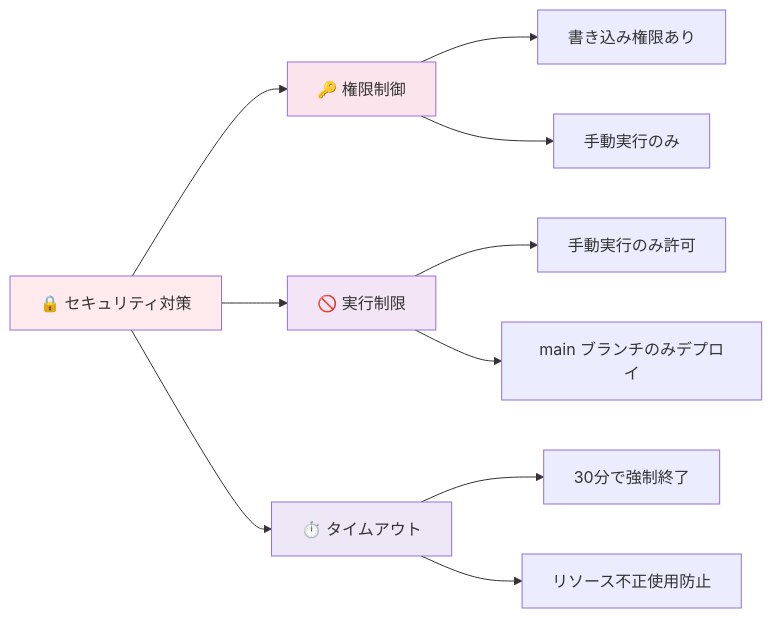
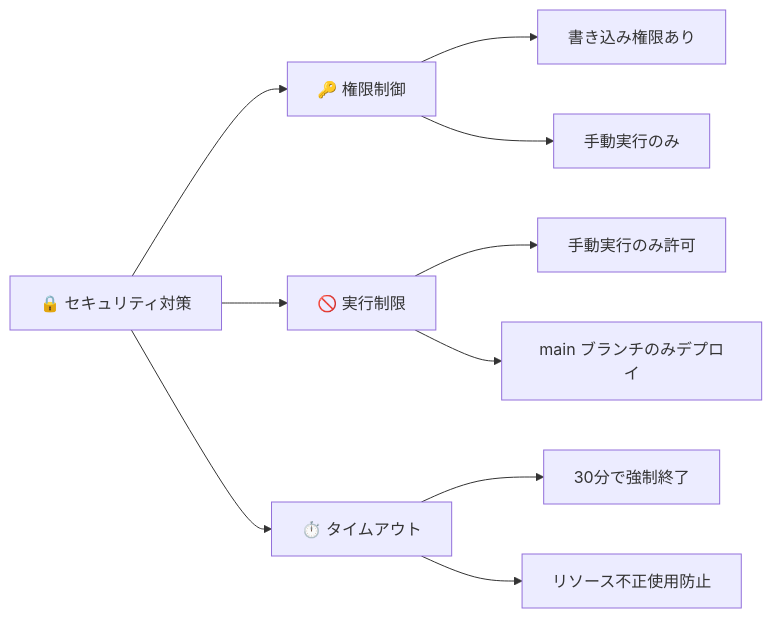
Before and after one commit to cocomomojo/test_app: the ninth of 10 diagrams in README.md, drawn with Mermaid. The commit also changed other lines of this file, not shown here.

Commit message:
Remove custom colors from all mermaid diagrams for dark mode compatibility

````diff
--- a/README.md
+++ b/README.md
@@ -893,20 +865,15 @@
 ```mermaid
 graph LR
     A[🔒 セキュリティ対策] --> B[🔑 権限制御]
     A --> C[🚫 実行制限]
     A --> D[⏱️ タイムアウト]
 
     B --> B1[書き込み権限あり]
     B --> B2[手動実行のみ]
 
     C --> C1[手動実行のみ許可]
     C --> C2[main ブランチのみデプロイ]
 
     D --> D1[30分で強制終了]
     D --> D2[リソース不正使用防止]
-
-    style A fill:#ffebee
-    style B fill:#fce4ec
-    style C fill:#f3e5f5
-    style D fill:#ede7f6
 ```
````
